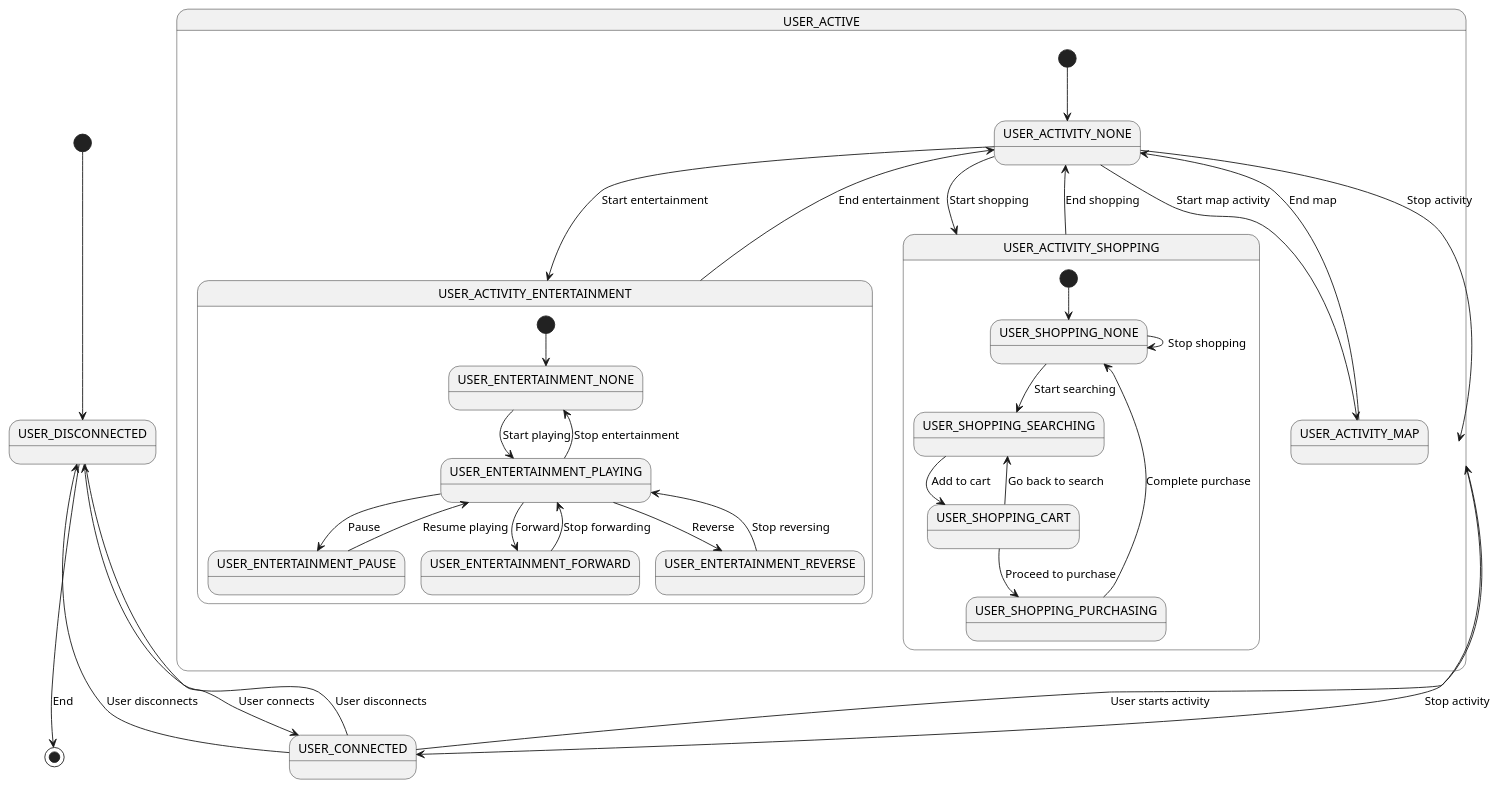
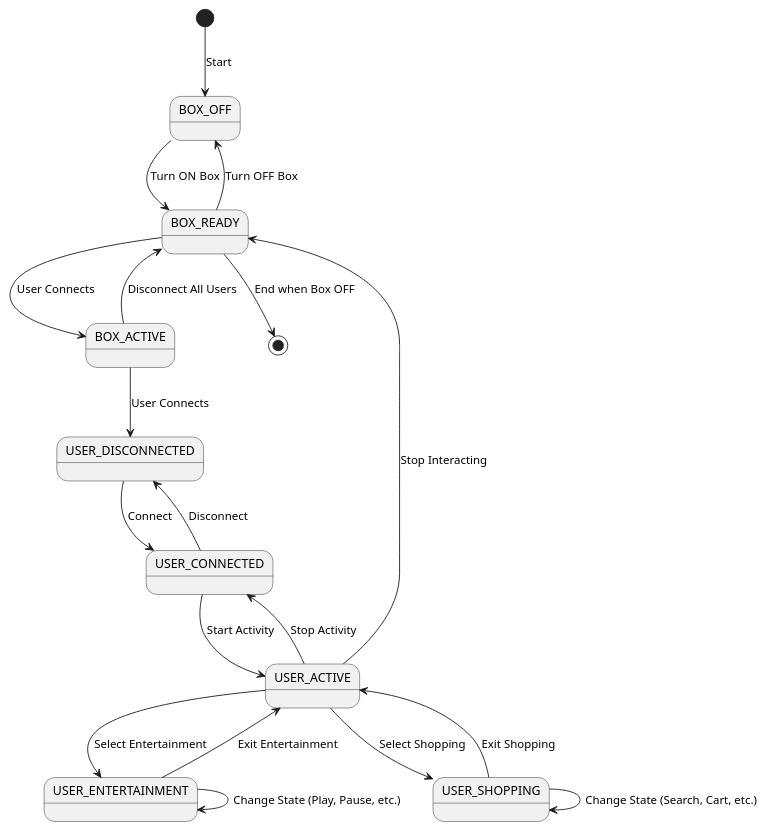
The diagram in prog/main.puml (Si6gma/journeyIntoC), drawn with PlantUML before and after one commit. The commit also changed 4 other files, not shown here.

```diff
--- a/prog/main.puml
+++ b/prog/main.puml
@@ -1,46 +1,25 @@
-@startuml main
-[*] --> USER_DISCONNECTED
+@startuml
+[*] --> BOX_OFF : Start
 
-USER_DISCONNECTED --> USER_CONNECTED : User connects
-USER_CONNECTED --> USER_ACTIVE : User starts activity
-USER_CONNECTED --> USER_DISCONNECTED : User disconnects
+BOX_OFF --> BOX_READY : Turn ON Box
+BOX_READY --> BOX_OFF : Turn OFF Box
+BOX_READY --> BOX_ACTIVE : User Connects
+BOX_ACTIVE --> BOX_READY : Disconnect All Users
 
-state USER_ACTIVE {
-    [*] --> USER_ACTIVITY_NONE
-    USER_ACTIVITY_NONE --> USER_ACTIVITY_ENTERTAINMENT : Start entertainment
-    USER_ACTIVITY_NONE --> USER_ACTIVITY_SHOPPING : Start shopping
-    USER_ACTIVITY_NONE --> USER_ACTIVITY_MAP : Start map activity
+BOX_ACTIVE --> USER_DISCONNECTED : User Connects
+USER_DISCONNECTED --> USER_CONNECTED : Connect
+USER_CONNECTED --> USER_DISCONNECTED : Disconnect
+USER_CONNECTED --> USER_ACTIVE : Start Activity
+USER_ACTIVE --> USER_CONNECTED : Stop Activity
 
-    state USER_ACTIVITY_ENTERTAINMENT {
-        [*] --> USER_ENTERTAINMENT_NONE
-        USER_ENTERTAINMENT_NONE --> USER_ENTERTAINMENT_PLAYING : Start playing
-        USER_ENTERTAINMENT_PLAYING --> USER_ENTERTAINMENT_PAUSE : Pause
-        USER_ENTERTAINMENT_PLAYING --> USER_ENTERTAINMENT_FORWARD : Forward
-        USER_ENTERTAINMENT_PLAYING --> USER_ENTERTAINMENT_REVERSE : Reverse
-        USER_ENTERTAINMENT_PAUSE --> USER_ENTERTAINMENT_PLAYING : Resume playing
-        USER_ENTERTAINMENT_FORWARD --> USER_ENTERTAINMENT_PLAYING : Stop forwarding
-        USER_ENTERTAINMENT_REVERSE --> USER_ENTERTAINMENT_PLAYING : Stop reversing
-        USER_ENTERTAINMENT_PLAYING --> USER_ENTERTAINMENT_NONE : Stop entertainment
-    }
+USER_ACTIVE --> USER_ENTERTAINMENT : Select Entertainment
+USER_ENTERTAINMENT --> USER_ACTIVE : Exit Entertainment
+USER_ENTERTAINMENT --> USER_ENTERTAINMENT : Change State (Play, Pause, etc.)
 
-    state USER_ACTIVITY_SHOPPING {
-        [*] --> USER_SHOPPING_NONE
-        USER_SHOPPING_NONE --> USER_SHOPPING_SEARCHING : Start searching
-        USER_SHOPPING_SEARCHING --> USER_SHOPPING_CART : Add to cart
-        USER_SHOPPING_CART --> USER_SHOPPING_PURCHASING : Proceed to purchase
-        USER_SHOPPING_CART --> USER_SHOPPING_SEARCHING : Go back to search
-        USER_SHOPPING_PURCHASING --> USER_SHOPPING_NONE : Complete purchase
-        USER_SHOPPING_NONE --> USER_SHOPPING_NONE : Stop shopping
-    }
+USER_ACTIVE --> USER_SHOPPING : Select Shopping
+USER_SHOPPING --> USER_ACTIVE : Exit Shopping
+USER_SHOPPING --> USER_SHOPPING : Change State (Search, Cart, etc.)
 
-    USER_ACTIVITY_NONE --> USER_ACTIVE : Stop activity
-    USER_ACTIVITY_ENTERTAINMENT --> USER_ACTIVITY_NONE : End entertainment
-    USER_ACTIVITY_SHOPPING --> USER_ACTIVITY_NONE : End shopping
-    USER_ACTIVITY_MAP --> USER_ACTIVITY_NONE : End map
-}
-
-USER_ACTIVE --> USER_CONNECTED : Stop activity
-USER_CONNECTED --> USER_DISCONNECTED : User disconnects
-
-USER_DISCONNECTED --> [*] : End
+USER_ACTIVE --> BOX_READY : Stop Interacting
+BOX_READY --> [*] : End when Box OFF
 @enduml
```
